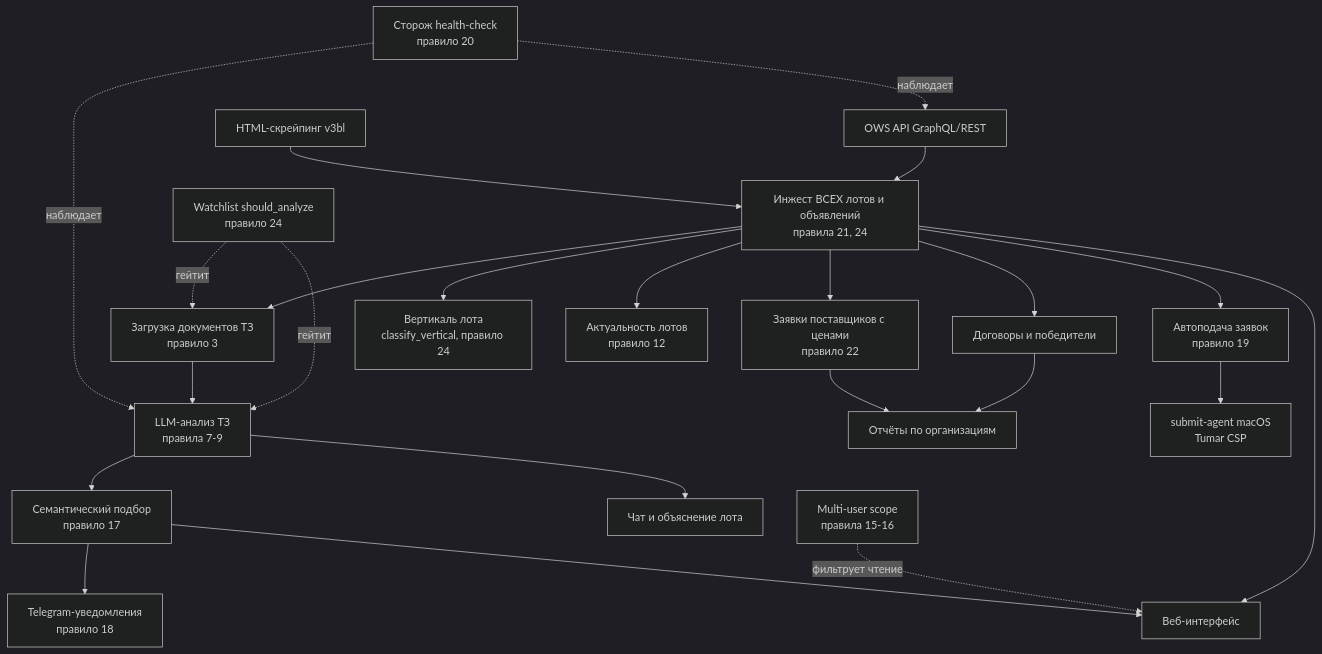
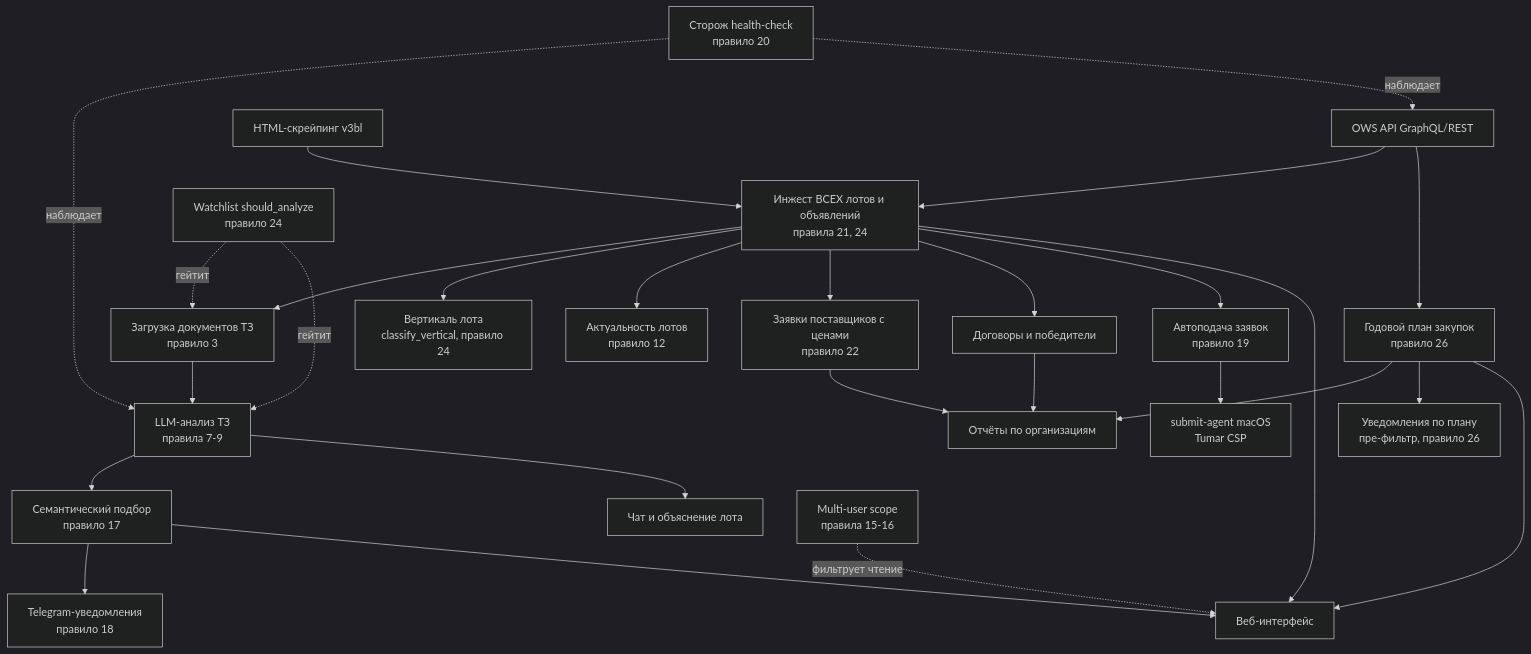
The first of 3 diagrams in ARCHITECTURE.md (Rus9136/gos_tracker), drawn with Mermaid (dark theme) before and after one commit. The commit also changed other lines of this file and 30 other files, not shown here.

````diff
--- a/ARCHITECTURE.md
+++ b/ARCHITECTURE.md
@@ -15,25 +15,29 @@
 ```mermaid
 flowchart TD
     OWS[OWS API GraphQL/REST] --> INGEST
     HTML[HTML-скрейпинг v3bl] --> INGEST
     INGEST[Инжест ВСЕХ лотов и объявлений<br/>правила 21, 24] --> DOCS[Загрузка документов ТЗ<br/>правило 3]
     INGEST --> VERT[Вертикаль лота<br/>classify_vertical, правило 24]
     WATCH[Watchlist should_analyze<br/>правило 24] -.гейтит.-> DOCS
     WATCH -.гейтит.-> LLM
     INGEST --> EXPIRE[Актуальность лотов<br/>правило 12]
     INGEST --> BIDS[Заявки поставщиков с ценами<br/>правило 22]
+    OWS --> PLANS[Годовой план закупок<br/>правило 26]
+    PLANS --> REPORTS
+    PLANS --> PLANTG[Уведомления по плану<br/>пре-фильтр, правило 26]
+    PLANS --> UI
     INGEST --> CONTRACTS[Договоры и победители]
     DOCS --> LLM[LLM-анализ ТЗ<br/>правила 7-9]
     LLM --> MATCH[Семантический подбор<br/>правило 17]
     MATCH --> TG[Telegram-уведомления<br/>правило 18]
     LLM --> CHAT[Чат и объяснение лота]
     INGEST --> AUTOSUBMIT[Автоподача заявок<br/>правило 19]
     AUTOSUBMIT --> AGENT[submit-agent macOS<br/>Tumar CSP]
     BIDS --> REPORTS[Отчёты по организациям]
     CONTRACTS --> REPORTS
     HEALTH[Сторож health-check<br/>правило 20] -.наблюдает.-> LLM
     HEALTH -.наблюдает.-> OWS
     SCOPE[Multi-user scope<br/>правила 15-16] -.фильтрует чтение.-> UI[Веб-интерфейс]
     MATCH --> UI
     INGEST --> UI
 ```
````
